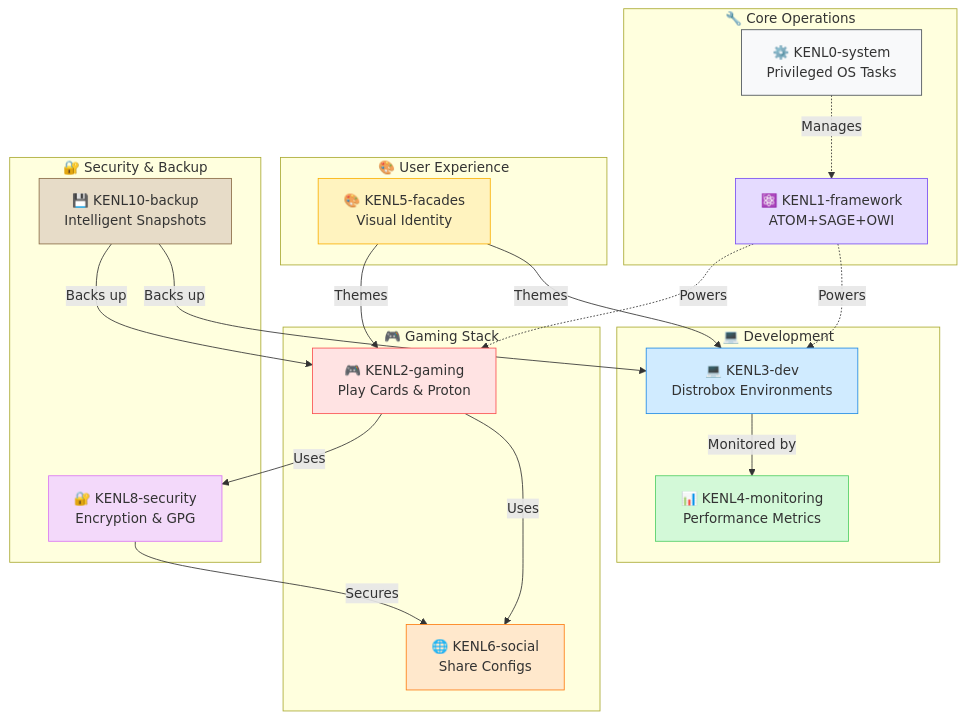
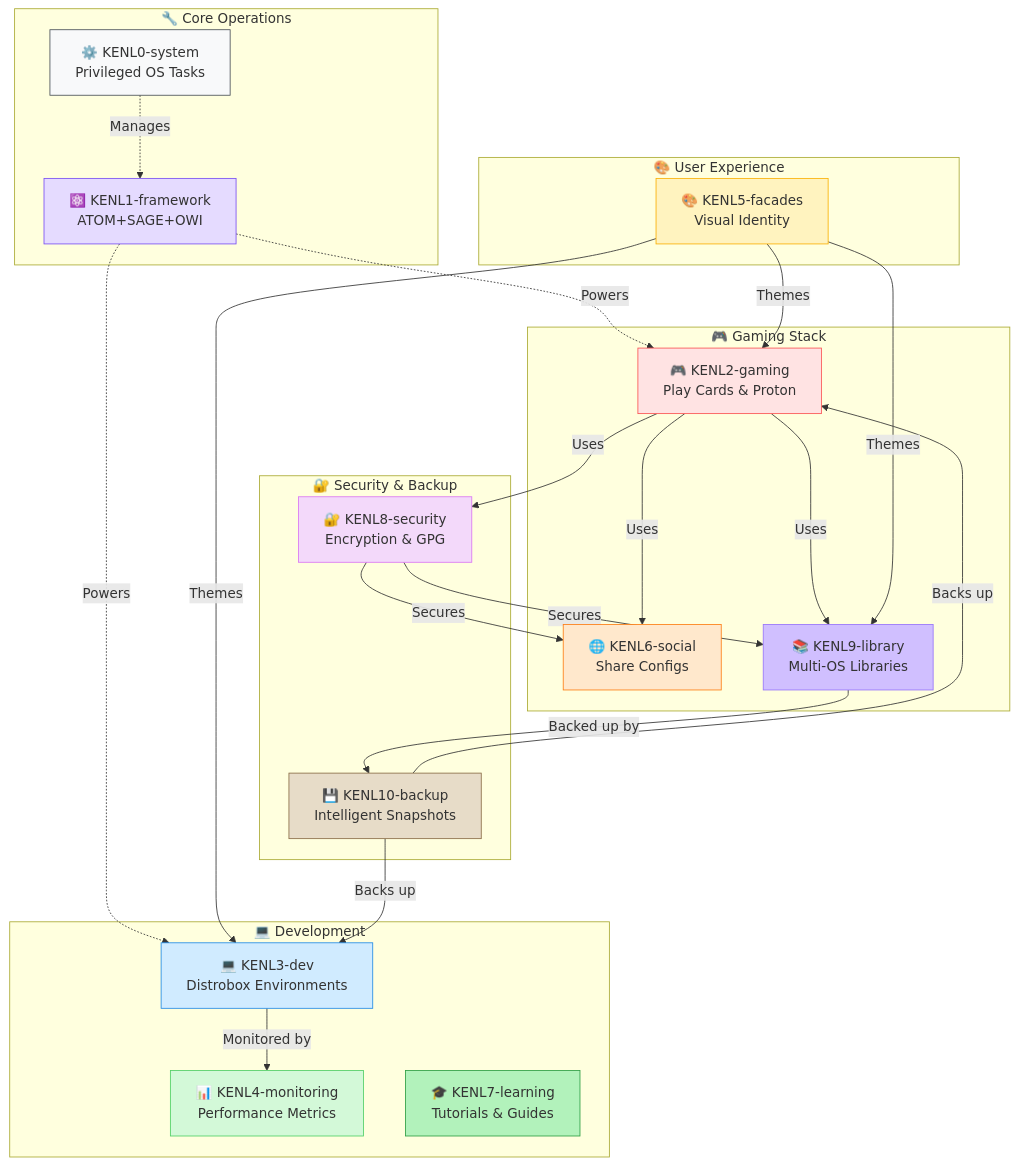
Before and after one commit to toolate28/kenl: the second of 9 diagrams in README.md, drawn with Mermaid. The commit also changed other lines of this file and 2 other files, not shown here.

First line of the commit message:
feat: add KENL9-library for multi-OS game library management

````diff
--- a/README.md
+++ b/README.md
@@ -50,48 +50,56 @@
 ```mermaid
 graph TB
     subgraph Core["🔧 Core Operations"]
         KENL0[⚙️ KENL0-system<br/>Privileged OS Tasks]
         KENL1[⚛️ KENL1-framework<br/>ATOM+SAGE+OWI]
     end
 
     subgraph Gaming["🎮 Gaming Stack"]
         KENL2[🎮 KENL2-gaming<br/>Play Cards & Proton]
         KENL6[🌐 KENL6-social<br/>Share Configs]
+        KENL9[📚 KENL9-library<br/>Multi-OS Libraries]
     end
 
     subgraph Development["💻 Development"]
         KENL3[💻 KENL3-dev<br/>Distrobox Environments]
         KENL4[📊 KENL4-monitoring<br/>Performance Metrics]
+        KENL7[🎓 KENL7-learning<br/>Tutorials & Guides]
     end
 
     subgraph UX["🎨 User Experience"]
         KENL5[🎨 KENL5-facades<br/>Visual Identity]
     end
 
     subgraph Security["🔐 Security & Backup"]
         KENL8[🔐 KENL8-security<br/>Encryption & GPG]
         KENL10[💾 KENL10-backup<br/>Intelligent Snapshots]
     end
 
     KENL0 -.->|Manages| KENL1
     KENL1 -.->|Powers| KENL2
     KENL1 -.->|Powers| KENL3
+    KENL2 -->|Uses| KENL9
     KENL2 -->|Uses| KENL8
     KENL2 -->|Uses| KENL6
     KENL3 -->|Monitored by| KENL4
     KENL5 -->|Themes| KENL2
     KENL5 -->|Themes| KENL3
+    KENL5 -->|Themes| KENL9
+    KENL9 -->|Backed up by| KENL10
     KENL10 -->|Backs up| KENL2
     KENL10 -->|Backs up| KENL3
     KENL8 -->|Secures| KENL6
+    KENL8 -->|Secures| KENL9
 
     style KENL0 fill:#f8f9fa,stroke:#495057
     style KENL1 fill:#e5dbff,stroke:#7950f2
     style KENL2 fill:#ffe3e3,stroke:#fa5252
     style KENL3 fill:#d0ebff,stroke:#228be6
     style KENL4 fill:#d3f9d8,stroke:#51cf66
     style KENL5 fill:#fff3bf,stroke:#fab005
     style KENL6 fill:#ffe8cc,stroke:#fd7e14
+    style KENL7 fill:#b2f2bb,stroke:#2f9e44
     style KENL8 fill:#f3d9fa,stroke:#da77f2
+    style KENL9 fill:#d0bfff,stroke:#9775fa
     style KENL10 fill:#e7dcc8,stroke:#8b6d47
 ```
````
